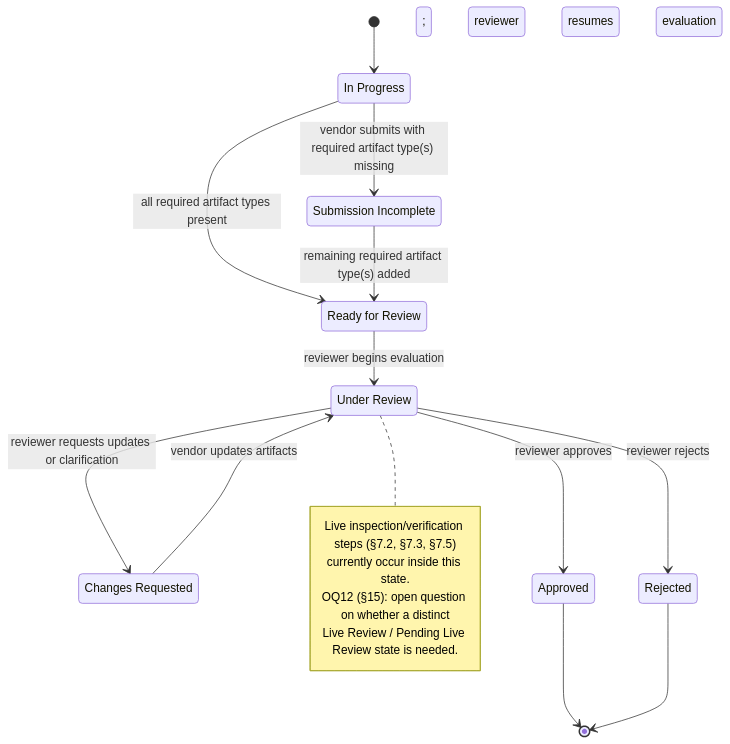
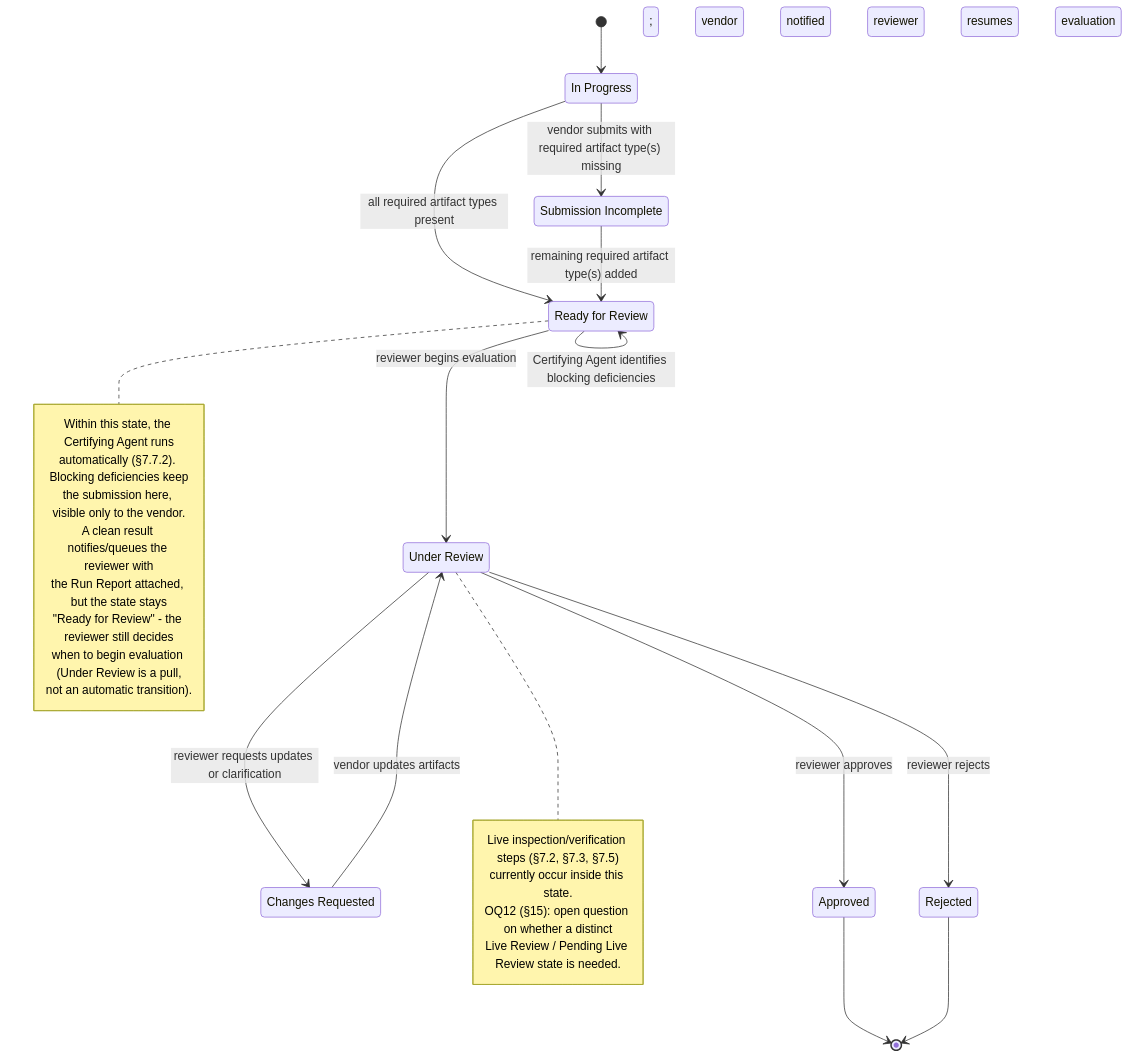
Before and after one commit to roberthunterjr/Ed-Fi-AdminApp: the seventh of 12 diagrams in docs/PRD-Certification-v2.md, drawn with Mermaid. The commit also changed other lines of this file, not shown here.

First line of the commit message:
Formalize Certifying Agent readiness gate from a real Run Report sample

````diff
--- a/docs/PRD-Certification-v2.md
+++ b/docs/PRD-Certification-v2.md
@@ -505,29 +523,41 @@
 ```mermaid
 stateDiagram-v2
     state "In Progress" as InProgress
     state "Submission Incomplete" as SubmissionIncomplete
     state "Ready for Review" as ReadyForReview
     state "Under Review" as UnderReview
     state "Changes Requested" as ChangesRequested
     state "Approved" as Approved
     state "Rejected" as Rejected
 
     [*] --> InProgress
     InProgress --> SubmissionIncomplete : vendor submits with required artifact type(s) missing
     InProgress --> ReadyForReview : all required artifact types present
     SubmissionIncomplete --> ReadyForReview : remaining required artifact type(s) added
     ReadyForReview --> UnderReview : reviewer begins evaluation
+    ReadyForReview --> ReadyForReview : Certifying Agent identifies blocking deficiencies; vendor notified
     UnderReview --> ChangesRequested : reviewer requests updates or clarification
     UnderReview --> Approved : reviewer approves
     UnderReview --> Rejected : reviewer rejects
     ChangesRequested --> UnderReview : vendor updates artifacts; reviewer resumes evaluation
     Approved --> [*]
     Rejected --> [*]
+
+    note right of ReadyForReview
+        Within this state, the Certifying Agent runs
+        automatically (§7.7.2). Blocking deficiencies keep
+        the submission here, visible only to the vendor.
+        A clean result notifies/queues the reviewer with
+        the Run Report attached, but the state stays
+        "Ready for Review" - the reviewer still decides
+        when to begin evaluation (Under Review is a pull,
+        not an automatic transition).
+    end note
 
     note right of UnderReview
         Live inspection/verification steps (§7.2, §7.3, §7.5)
         currently occur inside this state.
         OQ12 (§15): open question on whether a distinct
         Live Review / Pending Live Review state is needed.
     end note
 ```
````
